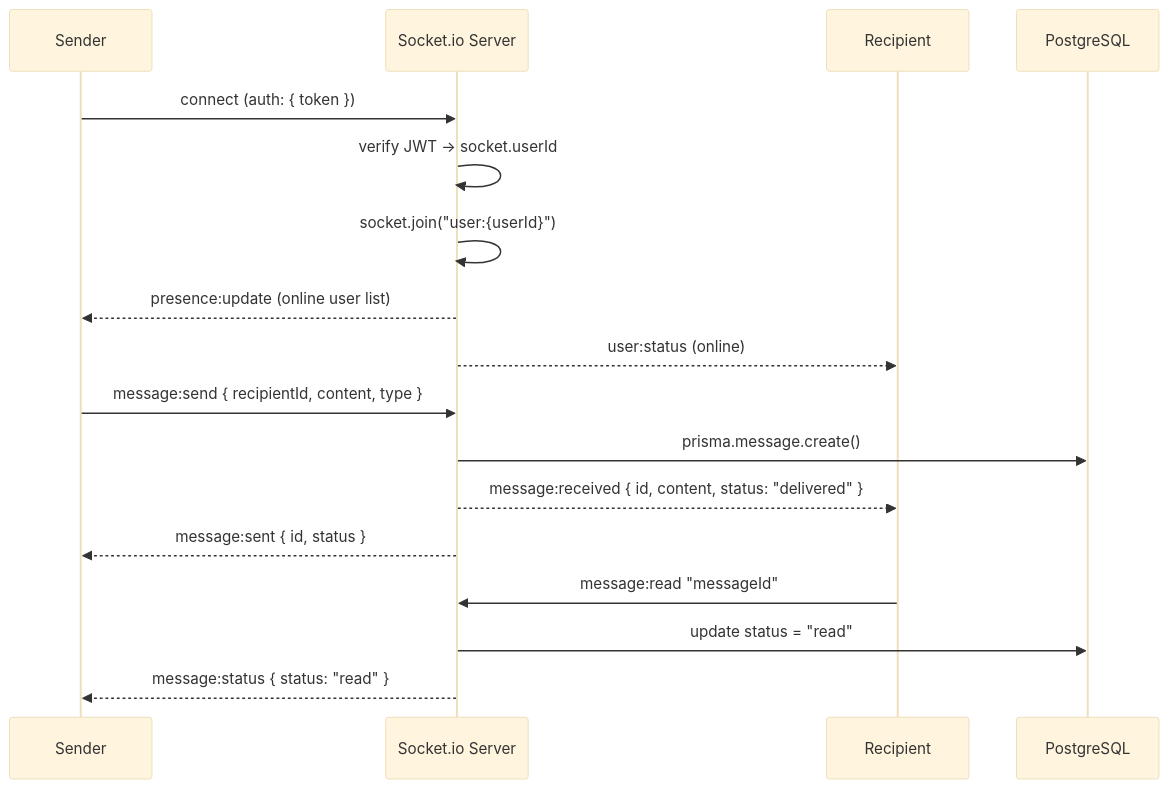
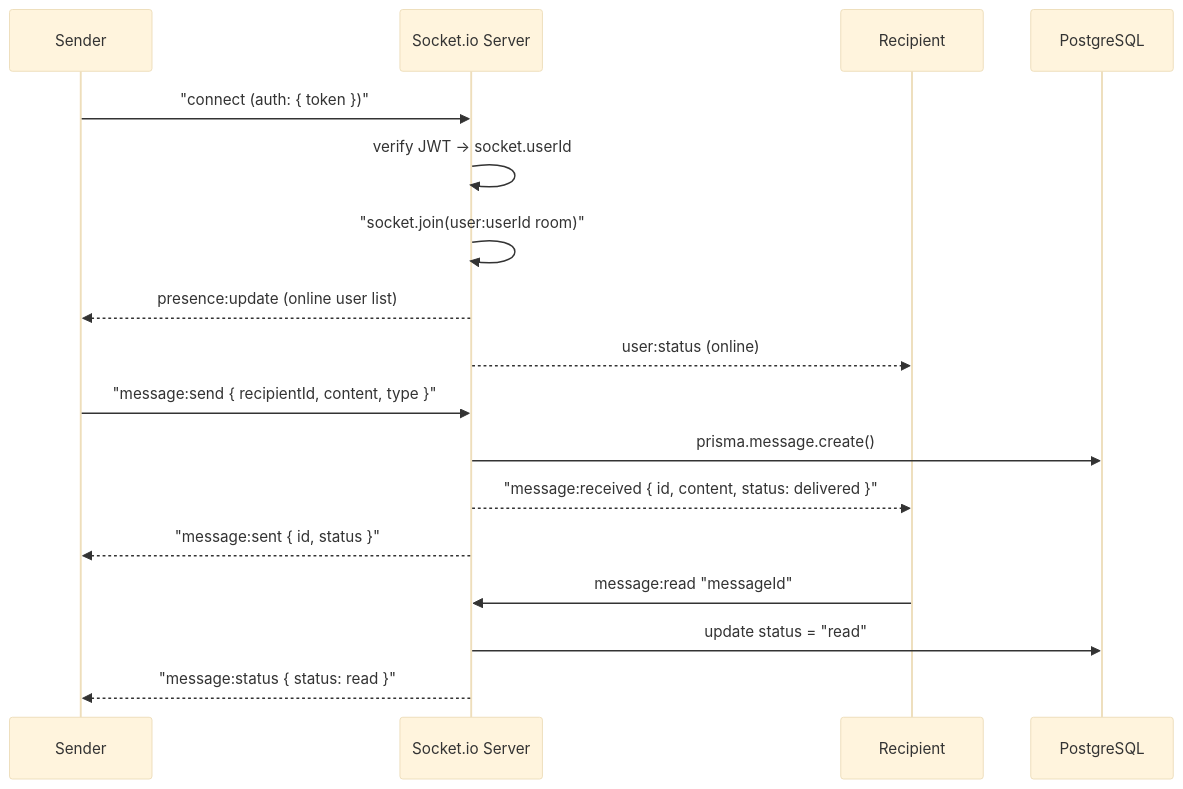
The third of 7 diagrams in Documentation/Architecture/index.md (neofuture/chatr), drawn with Mermaid (base theme) before and after one commit. The commit also changed other lines of this file and 5 other files, not shown here.

````diff
--- a/Documentation/Architecture/index.md
+++ b/Documentation/Architecture/index.md
@@ -117,22 +117,22 @@
 ```mermaid
 sequenceDiagram
     participant S as Sender
     participant SV as Socket.io Server
     participant R as Recipient
     participant DB as PostgreSQL
 
-    S->>SV: connect (auth: { token })
+    S->>SV: "connect (auth: { token })"
     SV->>SV: verify JWT → socket.userId
-    SV->>SV: socket.join("user:{userId}")
+    SV->>SV: "socket.join(user:userId room)"
     SV-->>S: presence:update (online user list)
     SV-->>R: user:status (online)
 
-    S->>SV: message:send { recipientId, content, type }
+    S->>SV: "message:send { recipientId, content, type }"
     SV->>DB: prisma.message.create()
-    SV-->>R: message:received { id, content, status: "delivered" }
-    SV-->>S: message:sent { id, status }
+    SV-->>R: "message:received { id, content, status: delivered }"
+    SV-->>S: "message:sent { id, status }"
 
     R->>SV: message:read "messageId"
     SV->>DB: update status = "read"
-    SV-->>S: message:status { status: "read" }
+    SV-->>S: "message:status { status: read }"
 ```
````
